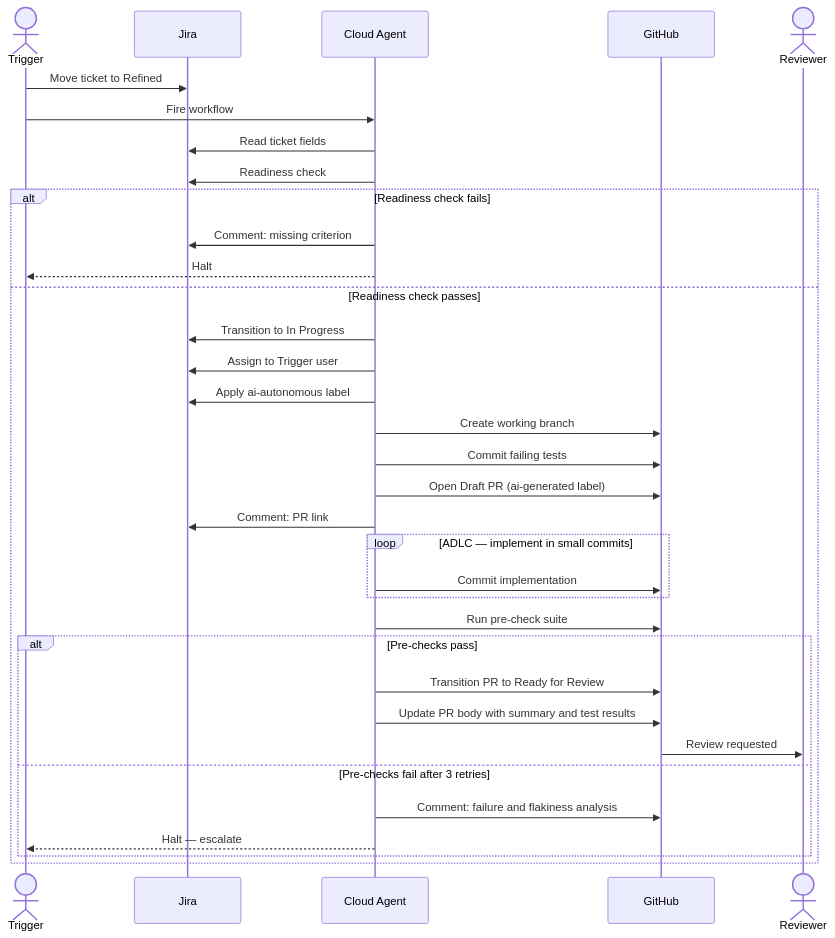
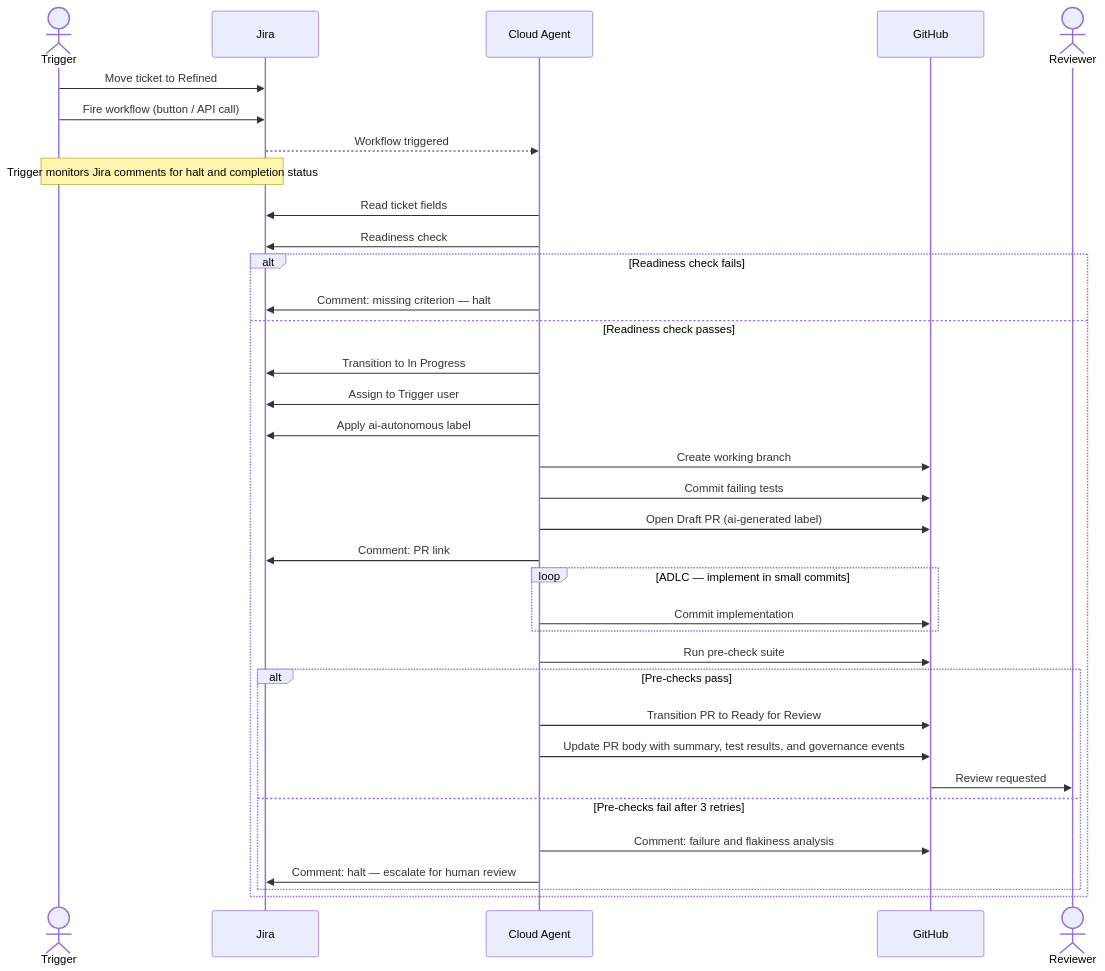
Before and after one commit to Ed-Fi-Alliance-OSS/Fiona: the third of 3 diagrams in docs/PRD-agentic-workflow.md, drawn with Mermaid. The commit also changed other lines of this file, not shown here.

````diff
--- a/docs/PRD-agentic-workflow.md
+++ b/docs/PRD-agentic-workflow.md
@@ -347,42 +373,43 @@
 ```mermaid
 sequenceDiagram
     actor Trigger
     participant Jira
     participant Agent as Cloud Agent
     participant GitHub
     actor Reviewer
 
     Trigger->>Jira: Move ticket to Refined
-    Trigger->>Agent: Fire workflow
+    Trigger->>Jira: Fire workflow (button / API call)
+    Jira-->>Agent: Workflow triggered
+    Note over Trigger,Jira: Trigger monitors Jira comments for halt and completion status
 
     Agent->>Jira: Read ticket fields
     Agent->>Jira: Readiness check
 
     alt Readiness check fails
-        Agent->>Jira: Comment: missing criterion
-        Agent-->>Trigger: Halt
+        Agent->>Jira: Comment: missing criterion — halt
     else Readiness check passes
         Agent->>Jira: Transition to In Progress
         Agent->>Jira: Assign to Trigger user
         Agent->>Jira: Apply ai-autonomous label
         Agent->>GitHub: Create working branch
         Agent->>GitHub: Commit failing tests
         Agent->>GitHub: Open Draft PR (ai-generated label)
         Agent->>Jira: Comment: PR link
 
         loop ADLC — implement in small commits
             Agent->>GitHub: Commit implementation
         end
 
         Agent->>GitHub: Run pre-check suite
 
         alt Pre-checks pass
             Agent->>GitHub: Transition PR to Ready for Review
-            Agent->>GitHub: Update PR body with summary and test results
+            Agent->>GitHub: Update PR body with summary, test results, and governance events
             GitHub->>Reviewer: Review requested
         else Pre-checks fail after 3 retries
             Agent->>GitHub: Comment: failure and flakiness analysis
-            Agent-->>Trigger: Halt — escalate
+            Agent->>Jira: Comment: halt — escalate for human review
         end
     end
 ```
````
